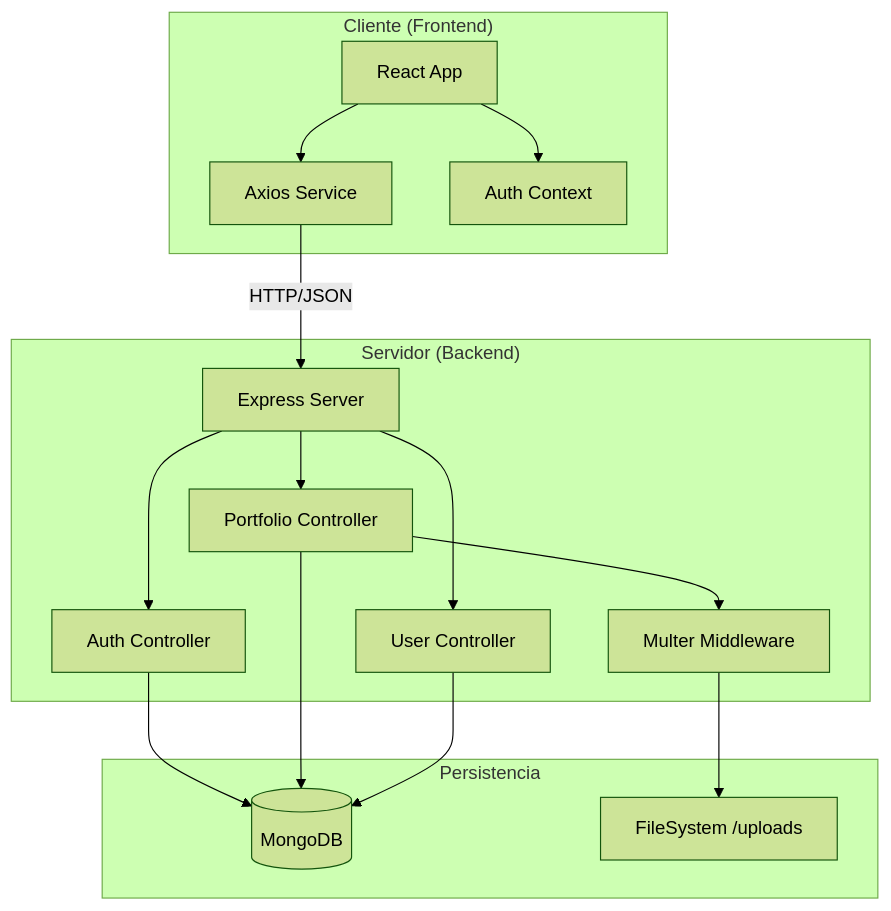
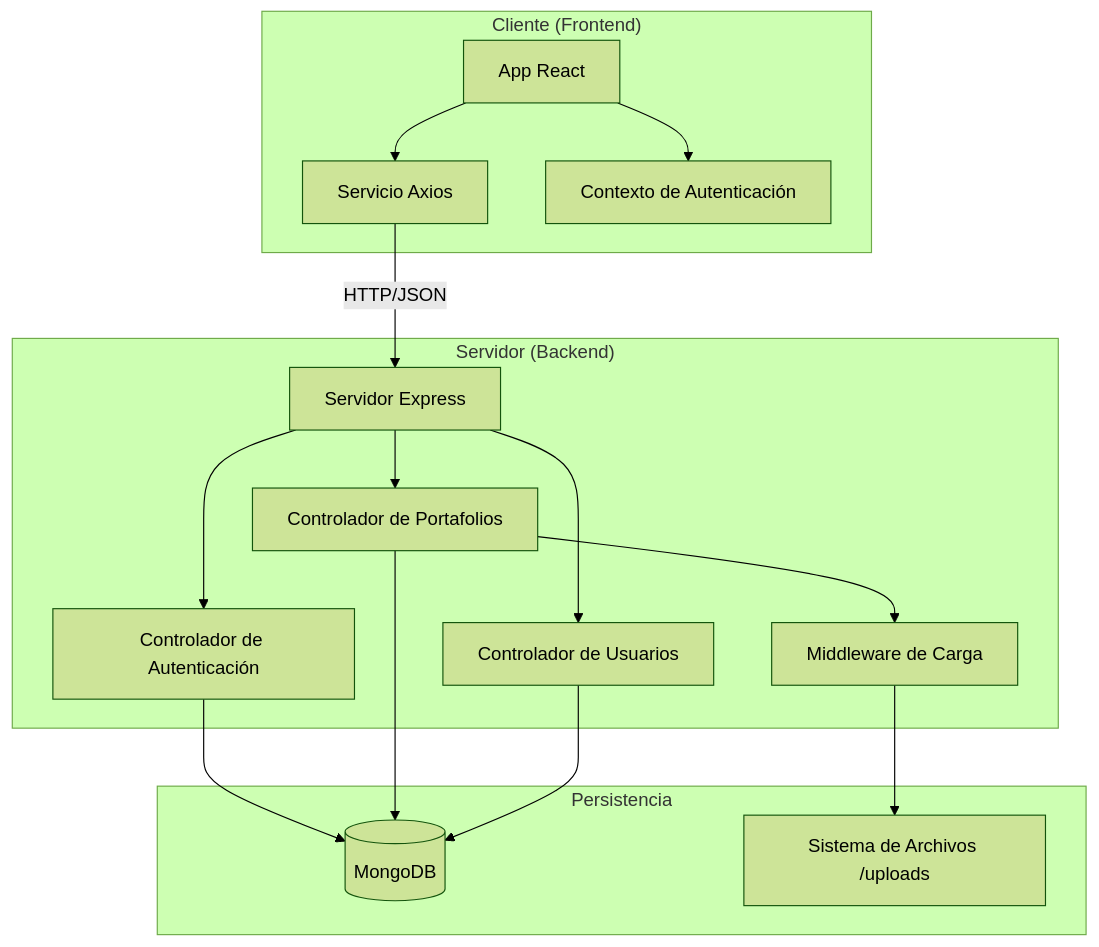
One commit to GRAN-J/Sistema-de-Gestion-de-Portafolios-Academicos-SGP- changed the fifth of 6 diagrams in docs/DIAGRAMAS_DEL_SISTEMA.md. Above: the diagram before and after it, drawn with Mermaid (forest theme). The commit also changed other lines of this file and 2 other files, not shown here.

Commit message:
Traducción de comentarios a español y ajustes de diagramas

````diff
--- a/docs/DIAGRAMAS_DEL_SISTEMA.md
+++ b/docs/DIAGRAMAS_DEL_SISTEMA.md
@@ -191,36 +174,36 @@
 ```mermaid
 graph TD
     subgraph "Cliente (Frontend)"
-        ReactApp[React App]
-        Axios[Axios Service]
-        AuthCtx[Auth Context]
+        ReactApp[App React]
+        Axios[Servicio Axios]
+        AuthCtx[Contexto de Autenticación]
     end
 
     subgraph "Servidor (Backend)"
-        Express[Express Server]
-        AuthCtrl[Auth Controller]
-        PortCtrl[Portfolio Controller]
-        UserCtrl[User Controller]
-        Multer[Multer Middleware]
+        Express[Servidor Express]
+        AuthCtrl[Controlador de Autenticación]
+        PortCtrl[Controlador de Portafolios]
+        UserCtrl[Controlador de Usuarios]
+        Multer[Middleware de Carga]
     end
 
     subgraph "Persistencia"
         MongoDB[(MongoDB)]
-        FS[FileSystem /uploads]
+        FS[Sistema de Archivos /uploads]
     end
 
     ReactApp --> AuthCtx
     ReactApp --> Axios
     Axios -->|HTTP/JSON| Express
     
     Express --> AuthCtrl
     Express --> PortCtrl
     Express --> UserCtrl
     
     PortCtrl --> Multer
     Multer --> FS
     
     AuthCtrl --> MongoDB
     PortCtrl --> MongoDB
     UserCtrl --> MongoDB
 ```
````
